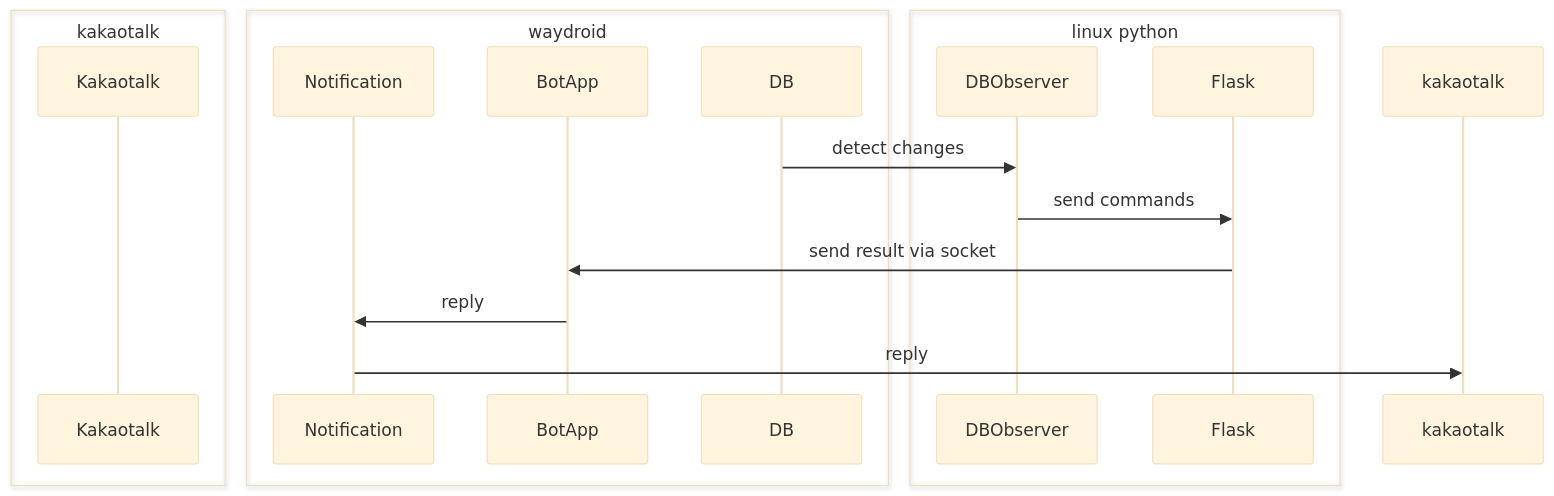
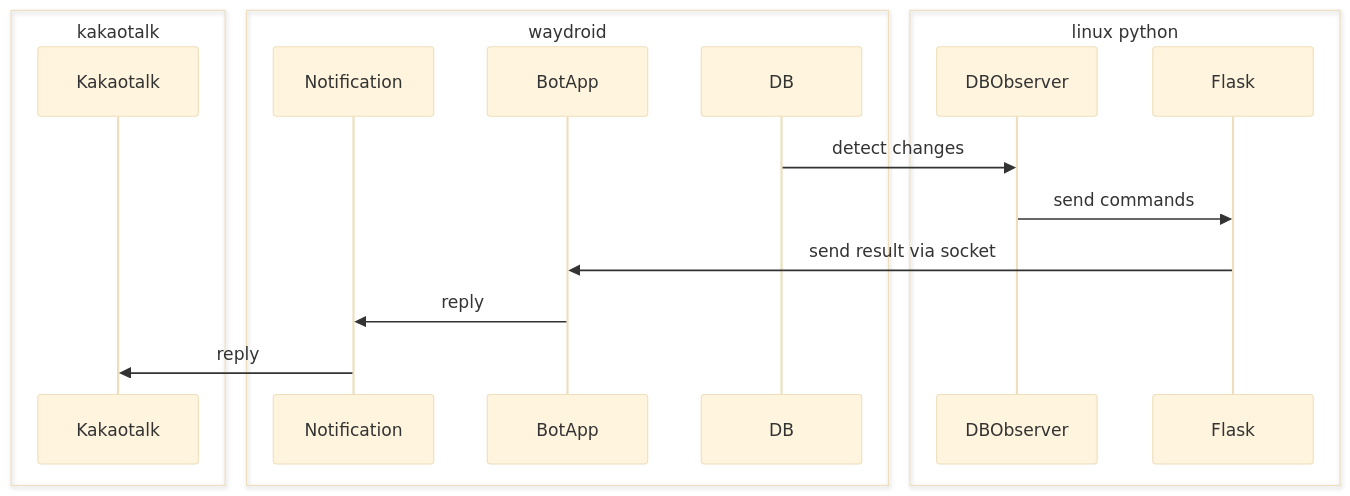
Before and after one commit to dolidolih/PyKakaoDBBot: the diagram in README.md, drawn with Mermaid (base theme).

````diff
--- a/README.md
+++ b/README.md
@@ -78,20 +78,20 @@
 ```mermaid
 sequenceDiagram
     box kakaotalk
     participant Kakaotalk
     end
     box waydroid
     participant Notification
     participant BotApp
     participant DB
     end
     box linux python
     participant DBObserver
     participant Flask
     end
     DB->>DBObserver: detect changes
     DBObserver->>Flask: send commands
     Flask->>BotApp:send result via socket
     BotApp->>Notification:reply
-    Notification->>kakaotalk:reply
+    Notification->>Kakaotalk:reply
 ```
````
